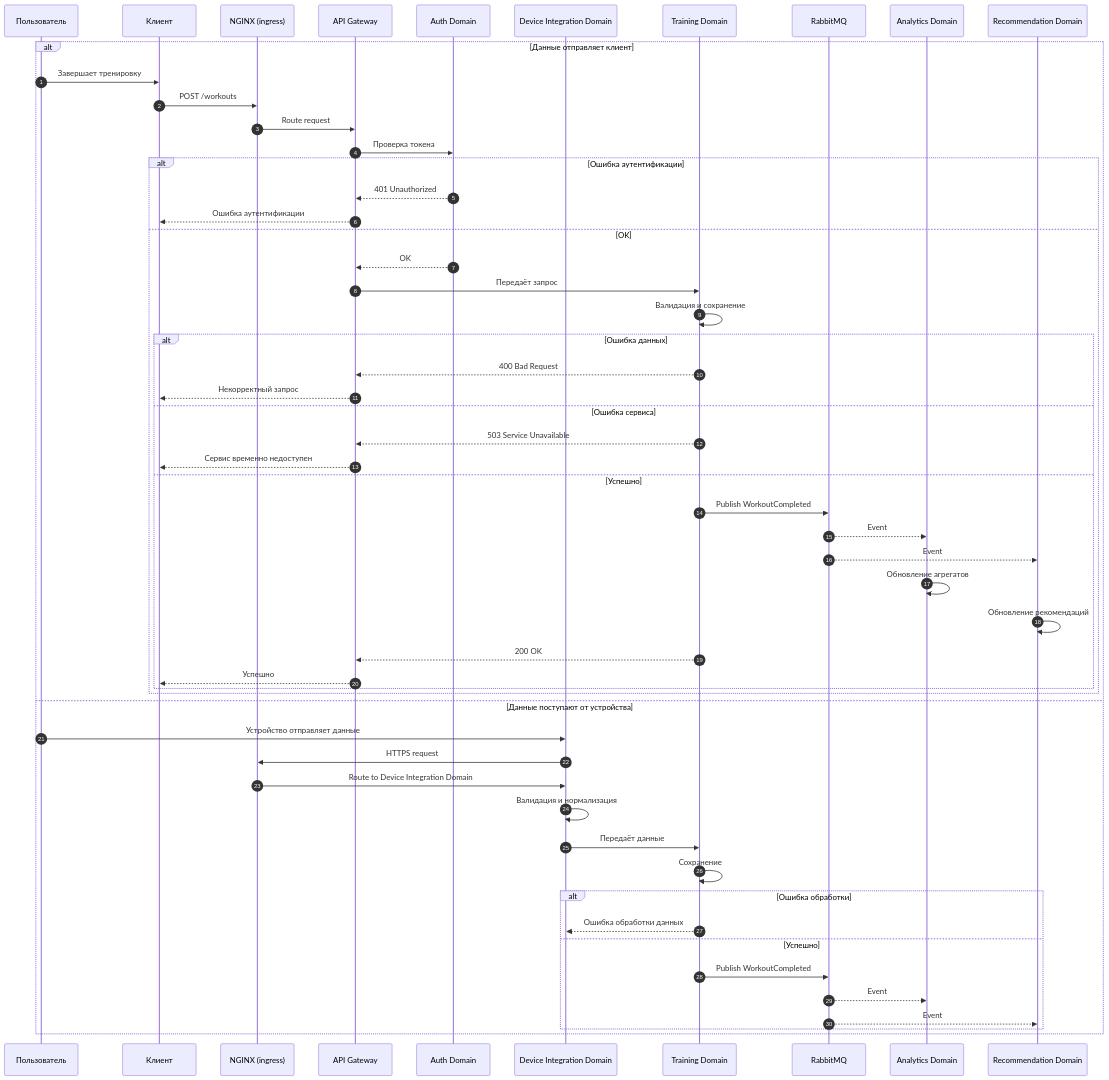
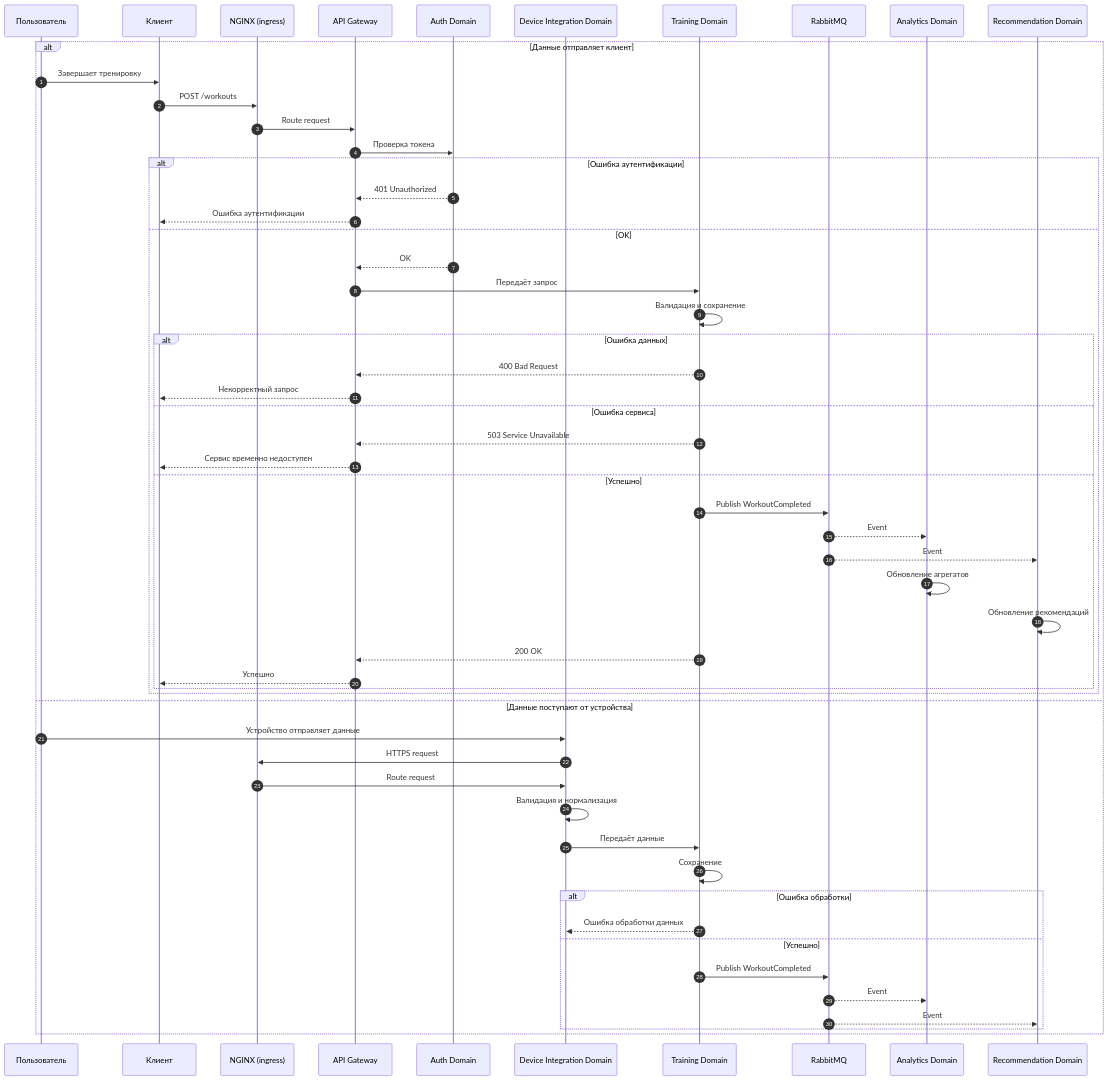
One commit to HiddenFox29/Athletica changed the diagram in 07-use-cases/02-workout-recording.md. Above: the diagram before and after it, drawn with Mermaid. The commit also changed other lines of this file and 11 other files, not shown here.

````diff
--- a/07-use-cases/02-workout-recording.md
+++ b/07-use-cases/02-workout-recording.md
@@ -154,62 +154,62 @@
 ```mermaid
 sequenceDiagram
     autonumber
     participant User as Пользователь
     participant Client as Клиент
     participant NGINX as NGINX (ingress)
     participant Gateway as API Gateway
     participant Auth as Auth Domain
     participant Device as Device Integration Domain
     participant Training as Training Domain
     participant Broker as RabbitMQ
     participant Analytics as Analytics Domain
     participant Rec as Recommendation Domain
 
     alt Данные отправляет клиент
         User->>Client: Завершает тренировку
         Client->>NGINX: POST /workouts
         NGINX->>Gateway: Route request
 
         Gateway->>Auth: Проверка токена
         alt Ошибка аутентификации
             Auth-->>Gateway: 401 Unauthorized
             Gateway-->>Client: Ошибка аутентификации
         else OK
             Auth-->>Gateway: OK
             Gateway->>Training: Передаёт запрос
             Training->>Training: Валидация и сохранение
 
             alt Ошибка данных
                 Training-->>Gateway: 400 Bad Request
                 Gateway-->>Client: Некорректный запрос
             else Ошибка сервиса
                 Training-->>Gateway: 503 Service Unavailable
                 Gateway-->>Client: Сервис временно недоступен
             else Успешно
                 Training->>Broker: Publish WorkoutCompleted
                 Broker-->>Analytics: Event
                 Broker-->>Rec: Event
                 Analytics->>Analytics: Обновление агрегатов
                 Rec->>Rec: Обновление рекомендаций
                 Training-->>Gateway: 200 OK
                 Gateway-->>Client: Успешно
             end
         end
 
     else Данные поступают от устройства
         User->>Device: Устройство отправляет данные
         Device->>NGINX: HTTPS request
-        NGINX->>Device: Route to Device Integration Domain
+        NGINX->>Device: Route request
         Device->>Device: Валидация и нормализация
         Device->>Training: Передаёт данные
         Training->>Training: Сохранение
 
         alt Ошибка обработки
             Training-->>Device: Ошибка обработки данных
         else Успешно
             Training->>Broker: Publish WorkoutCompleted
             Broker-->>Analytics: Event
             Broker-->>Rec: Event
         end
     end
 ```
````
